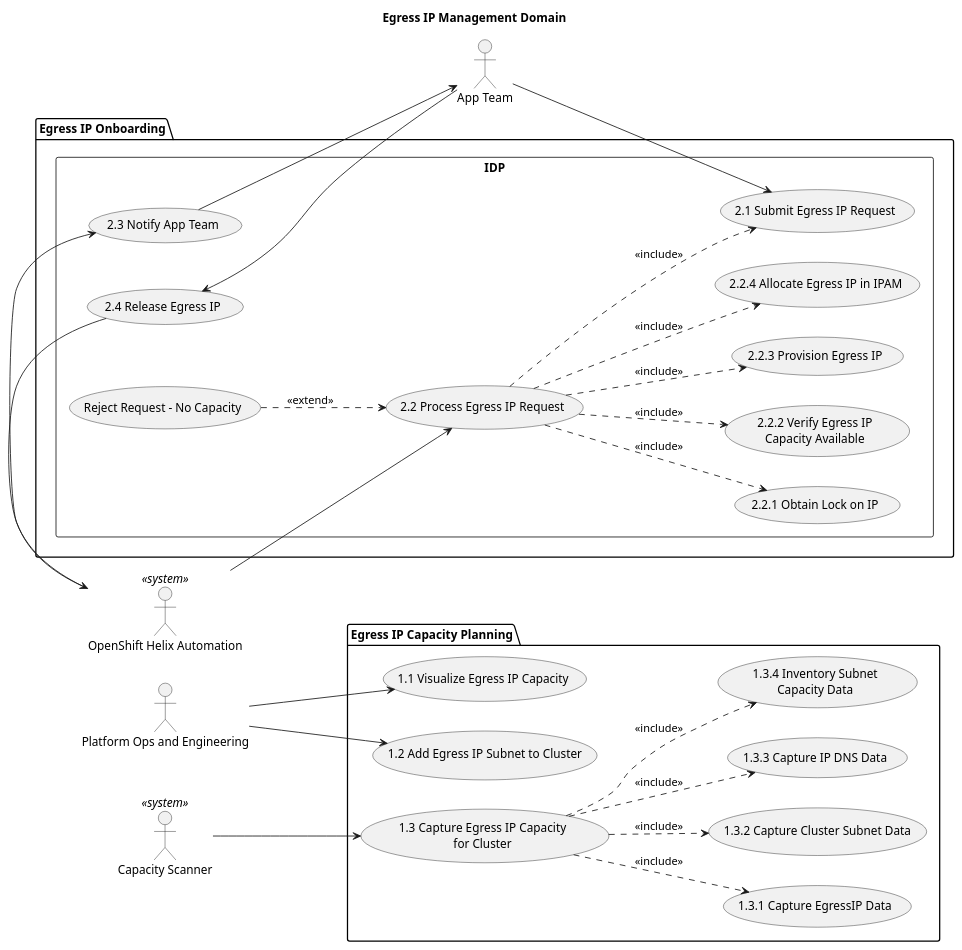
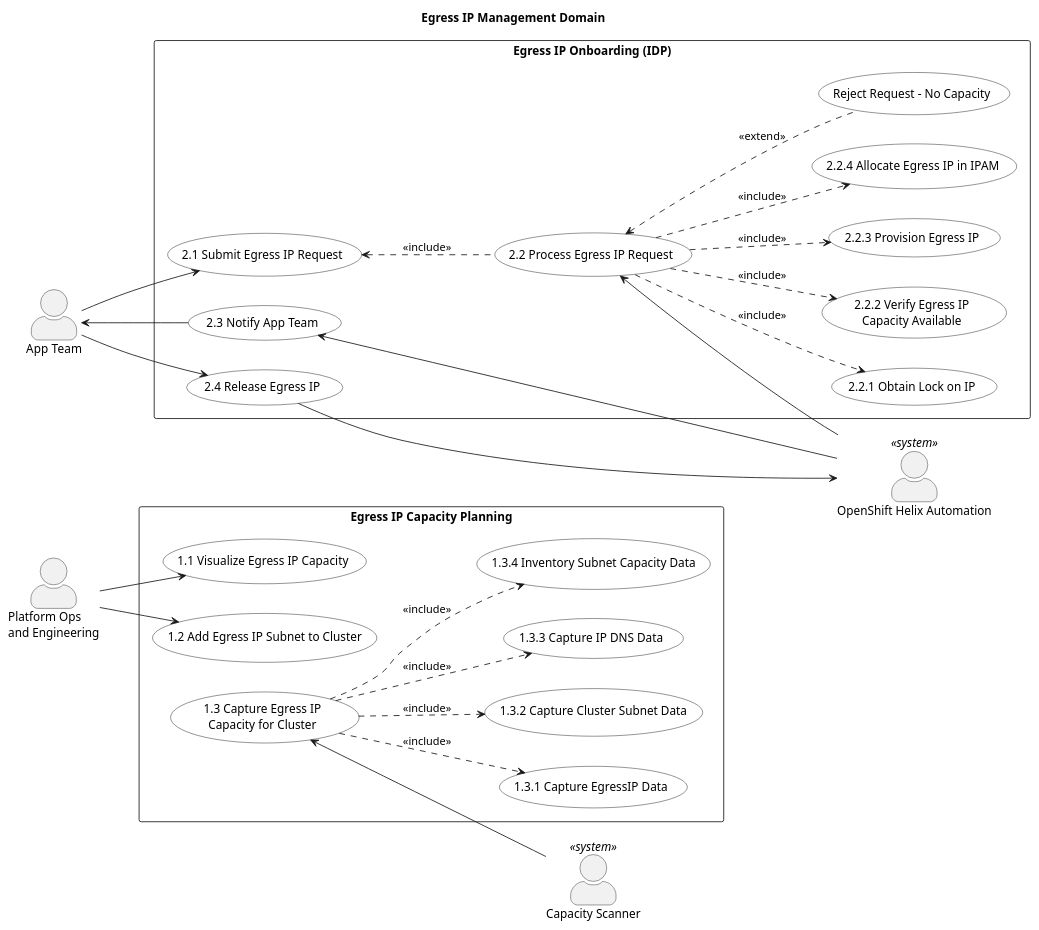
The diagram in egress-ip-usecase.puml (pcarpe4/dispatch), drawn with PlantUML before and after one commit.

Commit message:
Fix use case diagram layout: actors on correct sides, no crossing edges
Association directions now control Graphviz ranking so human actors
render on the left and system actors on the right, and include/extend
arrows use long dashed edges so nested use cases fan out to the right
instead of looping around the package.

Claude-Session: https://claude.ai/code/session_01KoisAhK1Vwscb5buVYsZkV

```diff
--- a/egress-ip-usecase.puml
+++ b/egress-ip-usecase.puml
@@ -1,69 +1,77 @@
 @startuml egress-ip-usecase
 left to right direction
+skinparam packageStyle rectangle
+skinparam usecase {
+  BackgroundColor White
+  BorderColor Black
+}
+skinparam actorStyle awesome
+
 title Egress IP Management Domain
 
-' ===== Human actors (left) =====
-actor "Platform Ops and Engineering" as PlatformOps
+' ===== Human actors (left side) =====
+actor "Platform Ops\nand Engineering" as PlatformOps
 actor "App Team" as AppTeam
-
-' ===== System actors (right) =====
-actor "Capacity Scanner" as CapacityScanner <<system>>
-actor "OpenShift Helix Automation" as HelixAutomation <<system>>
 
 package "Egress IP Capacity Planning" {
   usecase "1.1 Visualize Egress IP Capacity" as UC1_1
   usecase "1.2 Add Egress IP Subnet to Cluster" as UC1_2
-  usecase "1.3 Capture Egress IP Capacity\nfor Cluster" as UC1_3
+  usecase "1.3 Capture Egress IP\nCapacity for Cluster" as UC1_3
   usecase "1.3.1 Capture EgressIP Data" as UC1_3_1
   usecase "1.3.2 Capture Cluster Subnet Data" as UC1_3_2
   usecase "1.3.3 Capture IP DNS Data" as UC1_3_3
-  usecase "1.3.4 Inventory Subnet\nCapacity Data" as UC1_3_4
+  usecase "1.3.4 Inventory Subnet Capacity Data" as UC1_3_4
 }
 
-package "Egress IP Onboarding" {
-  rectangle "IDP" {
-    usecase "2.1 Submit Egress IP Request" as UC2_1
-    usecase "2.2 Process Egress IP Request" as UC2_2
-    usecase "2.2.1 Obtain Lock on IP" as UC2_2_1
-    usecase "2.2.2 Verify Egress IP\nCapacity Available" as UC2_2_2
-    usecase "2.2.3 Provision Egress IP" as UC2_2_3
-    usecase "2.2.4 Allocate Egress IP in IPAM" as UC2_2_4
-    usecase "Reject Request - No Capacity" as UC2_2_ext
-    usecase "2.3 Notify App Team" as UC2_3
-    usecase "2.4 Release Egress IP" as UC2_4
-  }
+package "Egress IP Onboarding (IDP)" {
+  usecase "2.1 Submit Egress IP Request" as UC2_1
+  usecase "2.2 Process Egress IP Request" as UC2_2
+  usecase "2.2.1 Obtain Lock on IP" as UC2_2_1
+  usecase "2.2.2 Verify Egress IP\nCapacity Available" as UC2_2_2
+  usecase "2.2.3 Provision Egress IP" as UC2_2_3
+  usecase "2.2.4 Allocate Egress IP in IPAM" as UC2_2_4
+  usecase "Reject Request - No Capacity" as UC2_2_ext
+  usecase "2.3 Notify App Team" as UC2_3
+  usecase "2.4 Release Egress IP" as UC2_4
 }
 
-' ===== Actor associations: Capacity Planning =====
+' ===== System actors (right side) =====
+actor "Capacity Scanner" as CapacityScanner <<system>>
+actor "OpenShift Helix Automation" as HelixAutomation <<system>>
+
+' ===== Capacity Planning associations =====
+' human actor on the left of the use case
 PlatformOps --> UC1_1
 PlatformOps --> UC1_2
-CapacityScanner --> UC1_3
+' use case on the left, system actor on the right
+UC1_3 <-- CapacityScanner
 
-' ===== Includes: 1.3 =====
+' 1.3 includes
 UC1_3 ..> UC1_3_1 : <<include>>
 UC1_3 ..> UC1_3_2 : <<include>>
 UC1_3 ..> UC1_3_3 : <<include>>
 UC1_3 ..> UC1_3_4 : <<include>>
 
-' ===== Actor associations: Onboarding =====
+' ===== Onboarding associations =====
 AppTeam --> UC2_1
-HelixAutomation --> UC2_2
+UC2_2 <-- HelixAutomation
 
-' ===== Includes: 2.2 =====
+' 2.2 includes
 UC2_2 ..> UC2_2_1 : <<include>>
 UC2_2 ..> UC2_2_2 : <<include>>
 UC2_2 ..> UC2_2_3 : <<include>>
 UC2_2 ..> UC2_2_4 : <<include>>
-UC2_2 ..> UC2_1 : <<include>>
+UC2_1 <.. UC2_2 : <<include>>
 
-' ===== Extend: reject when no capacity =====
-UC2_2_ext ..> UC2_2 : <<extend>>
+' extend: rejection extends 2.2 when no capacity
+UC2_2 <.. UC2_2_ext : <<extend>>
 
-' ===== Notification and release flows =====
-HelixAutomation --> UC2_3
-UC2_3 --> AppTeam
+' 2.3: Helix Automation initiates, App Team receives
+AppTeam <-- UC2_3
+UC2_3 <-- HelixAutomation
 
+' 2.4: App Team initiates, Helix Automation processes
 AppTeam --> UC2_4
 UC2_4 --> HelixAutomation
 
 @enduml
```
